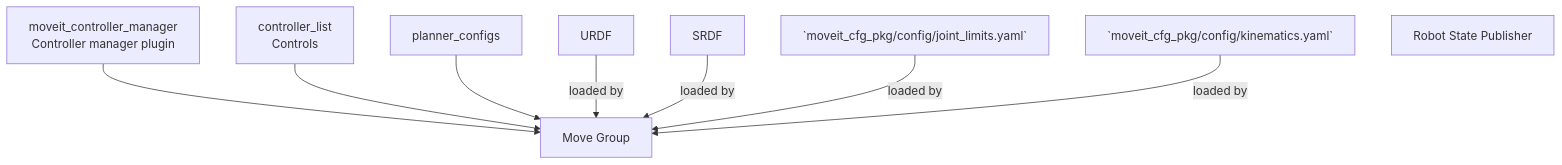
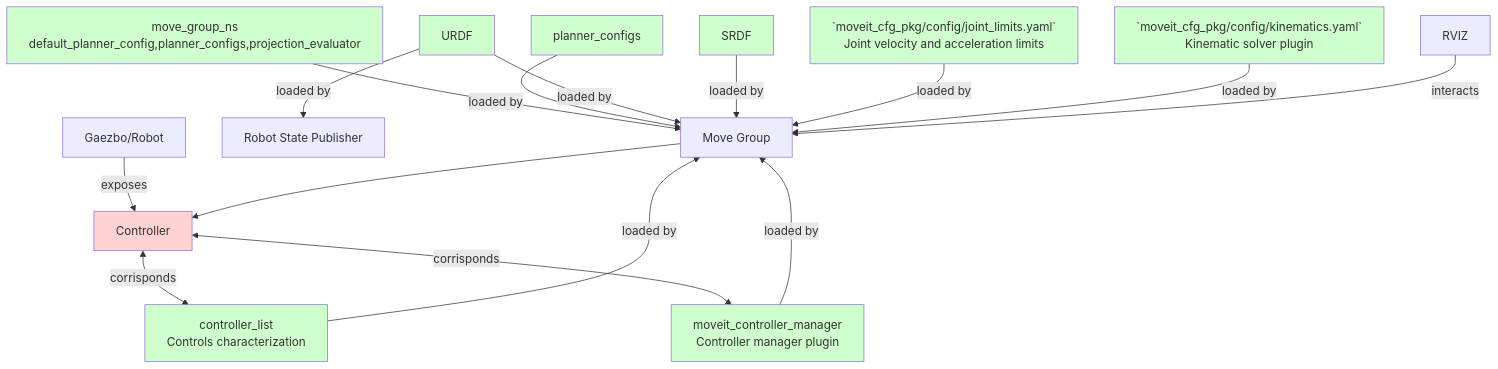
The diagram in 08_movegroup_anatomy/src/a_move_group_minimal/readme.md (rafaelrojasmiliani/moveit_tutorial), drawn with Mermaid before and after one commit. The commit also changed other lines of this file, not shown here.

````diff
--- a/08_movegroup_anatomy/src/a_move_group_minimal/readme.md
+++ b/08_movegroup_anatomy/src/a_move_group_minimal/readme.md
@@ -4,11 +4,24 @@
 ```mermaid
 graph TD;
-    MCM[moveit_controller_manager<br/>Controller manager plugin] --> MG[Move Group];
-    CL[controller_list<br/>Controls] --> MG[Move Group];
+    MGP[move_group_ns<br/>default_planner_config,planner_configs,projection_evaluator] -- loaded by --> MG;
+    MCM[moveit_controller_manager<br/>Controller manager plugin] -- loaded by --> MG[Move Group];
+    CL[controller_list<br/>Controls characterization] -- loaded by --> MG[Move Group];
     PC[planner_configs] --> MG;
     URDF -- loaded by --> MG;
     SRDF -- loaded by --> MG;
-    J[`moveit_cfg_pkg/config/joint_limits.yaml`] -- loaded by --> MG;
-    K[`moveit_cfg_pkg/config/kinematics.yaml`] -- loaded by --> MG;
+    J[`moveit_cfg_pkg/config/joint_limits.yaml`<br/>Joint velocity and acceleration limits] -- loaded by --> MG;
+    K[`moveit_cfg_pkg/config/kinematics.yaml`<br/>Kinematic solver plugin] -- loaded by --> MG;
     RSP[Robot State Publisher];
+    GR[Gaezbo/Robot];
+    GR -- exposes --> MC[Controller];
+    MC <-- corrisponds --> CL;
+    MC <-- corrisponds --> MCM;
+    MG --> MC;
+    URDF -- loaded by --> RSP;
+    RVIZ[RVIZ] -- interacts --> MG;
+
+    classDef tfclass fill:#CFFFCD;
+    class MGP,MCM,CL,PC,URDF,SRDF,J,K tfclass;
+    classDef movegroup fill:#FFD2D2;
+    class MC movegroup;
 ```
````
